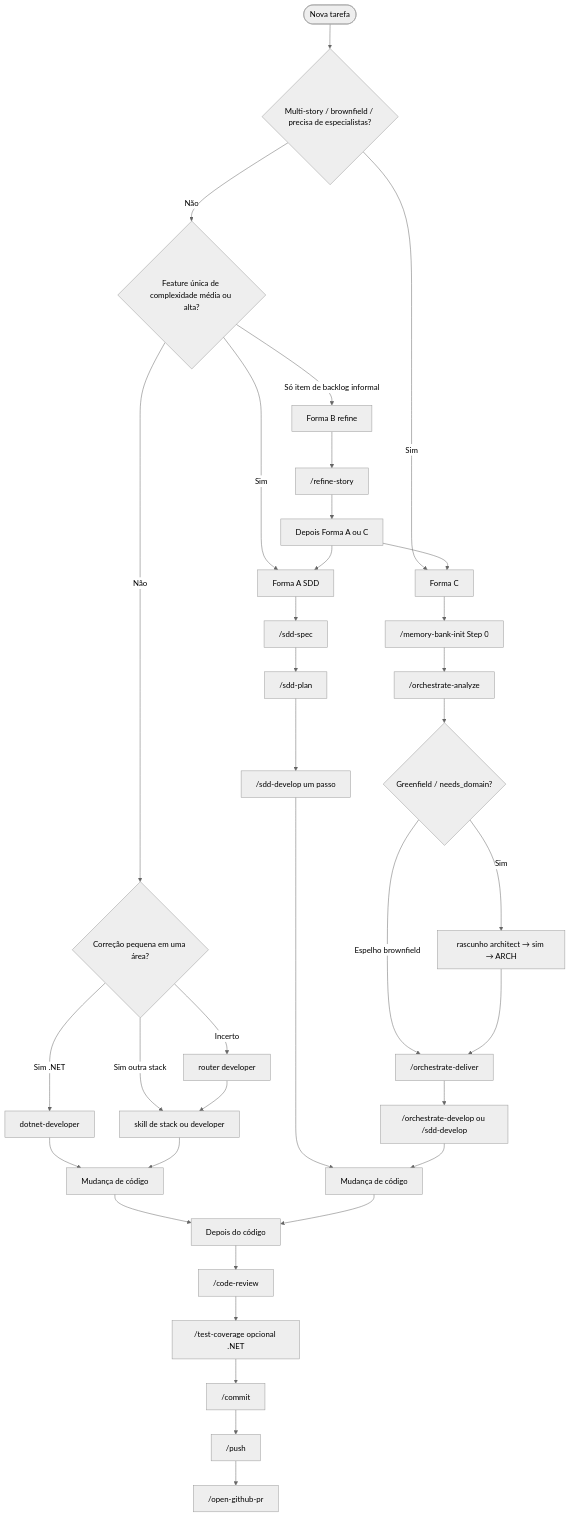
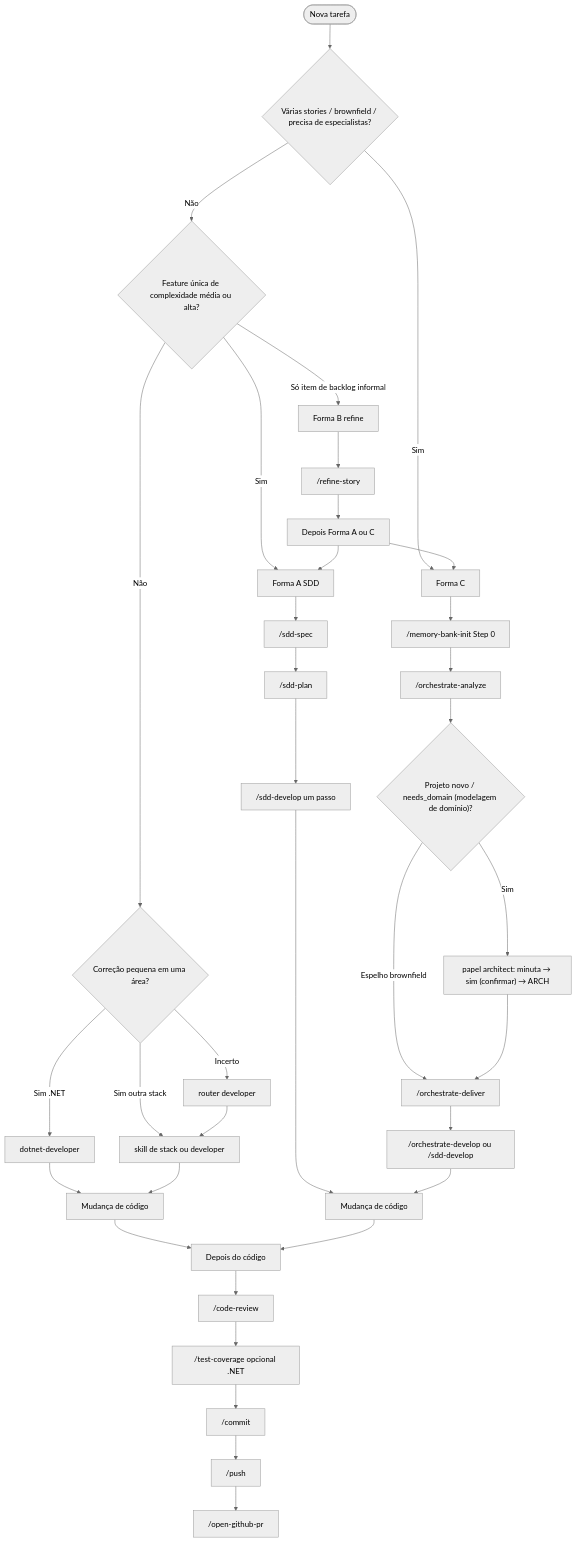
Before and after one commit to tibursocampos/agent-dev-toolkit: the diagram in docs-site/using-skills.pt.md, drawn with Mermaid (neutral theme). The commit also changed other lines of this file and 11 other files, not shown here.

````diff
--- a/docs-site/using-skills.pt.md
+++ b/docs-site/using-skills.pt.md
@@ -13,38 +13,38 @@
 ```mermaid
 flowchart TD
-  Start([Nova tarefa]) --> Q1{Multi-story / brownfield / precisa de especialistas?}
+  Start([Nova tarefa]) --> Q1{Várias stories / brownfield / precisa de especialistas?}
   Q1 -->|Sim| FC[Forma C]
   Q1 -->|Não| Q2{Feature única de complexidade média ou alta?}
   Q2 -->|Sim| SDD[Forma A SDD]
   Q2 -->|Só item de backlog informal| FB[Forma B refine]
   Q2 -->|Não| Q3{Correção pequena em uma área?}
   Q3 -->|Sim .NET| NET[dotnet-developer]
   Q3 -->|Sim outra stack| STACK[skill de stack ou developer]
   Q3 -->|Incerto| DEV[router developer]
   FC --> S0["/memory-bank-init Step 0"]
   S0 --> O1["/orchestrate-analyze"]
-  O1 --> ArchGate{"Greenfield / needs_domain?"}
-  ArchGate -->|Sim| Confirm["rascunho architect → sim → ARCH"]
+  O1 --> ArchGate{"Projeto novo / needs_domain (modelagem de domínio)?"}
+  ArchGate -->|Sim| Confirm["papel architect: minuta → sim (confirmar) → ARCH"]
   ArchGate -->|Espelho brownfield| O2
   Confirm --> O2["/orchestrate-deliver"]
   O2 --> O3["/orchestrate-develop ou /sdd-develop"]
   FB --> Refine["/refine-story"]
   Refine --> AorC[Depois Forma A ou C]
   SDD --> Spec["/sdd-spec"]
   Spec --> Plan["/sdd-plan"]
   Plan --> Impl["/sdd-develop um passo"]
   NET --> DoneNet[Mudança de código]
   STACK --> DoneNet
   DEV --> STACK
   Impl --> DoneSdd[Mudança de código]
   O3 --> DoneSdd
   AorC --> SDD
   AorC --> FC
   DoneNet --> Post
   DoneSdd --> Post
   Post[Depois do código] --> CR["/code-review"]
   CR --> TC["/test-coverage opcional .NET"]
   TC --> Commit["/commit"]
   Commit --> Push["/push"]
   Push --> PR["/open-github-pr"]
 ```
````
